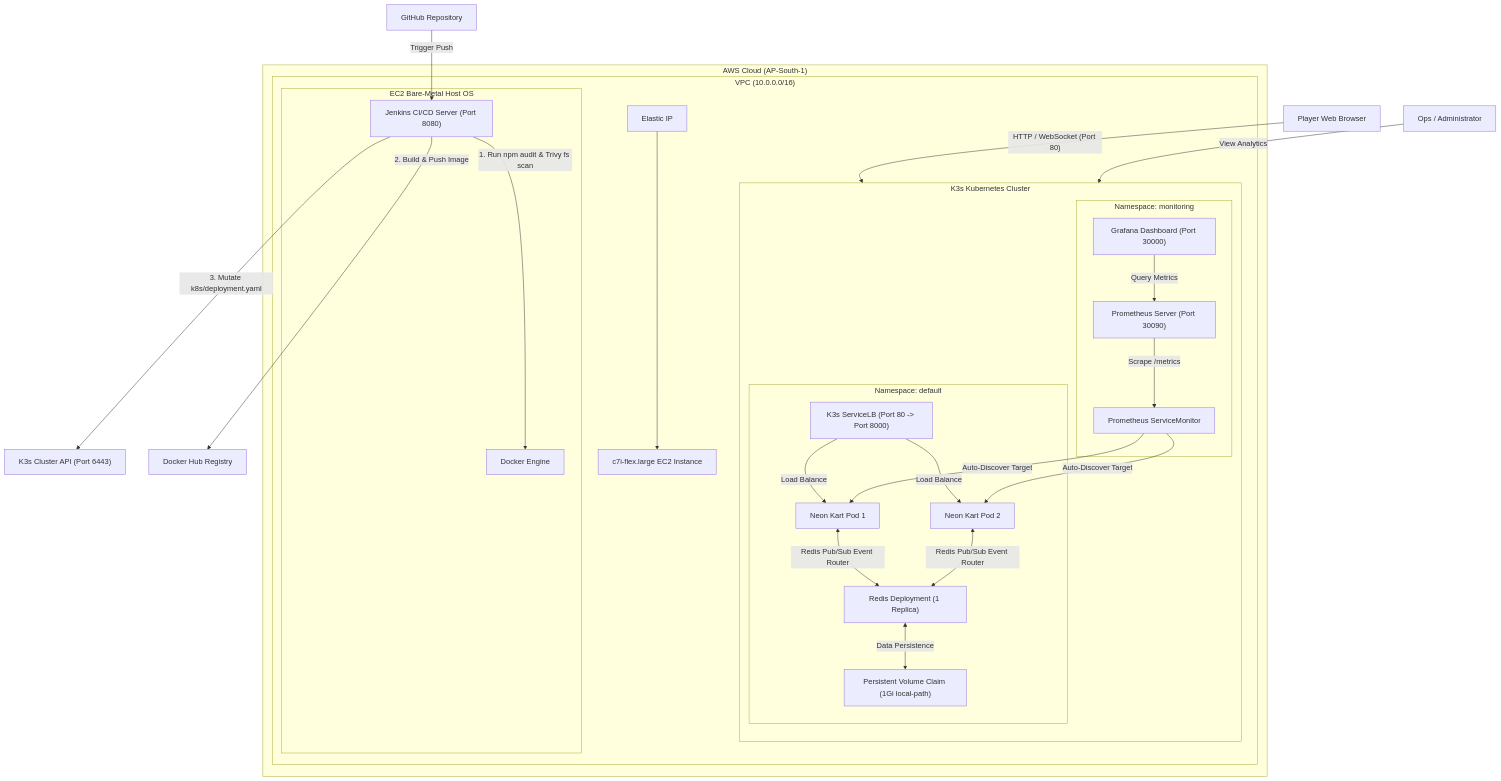
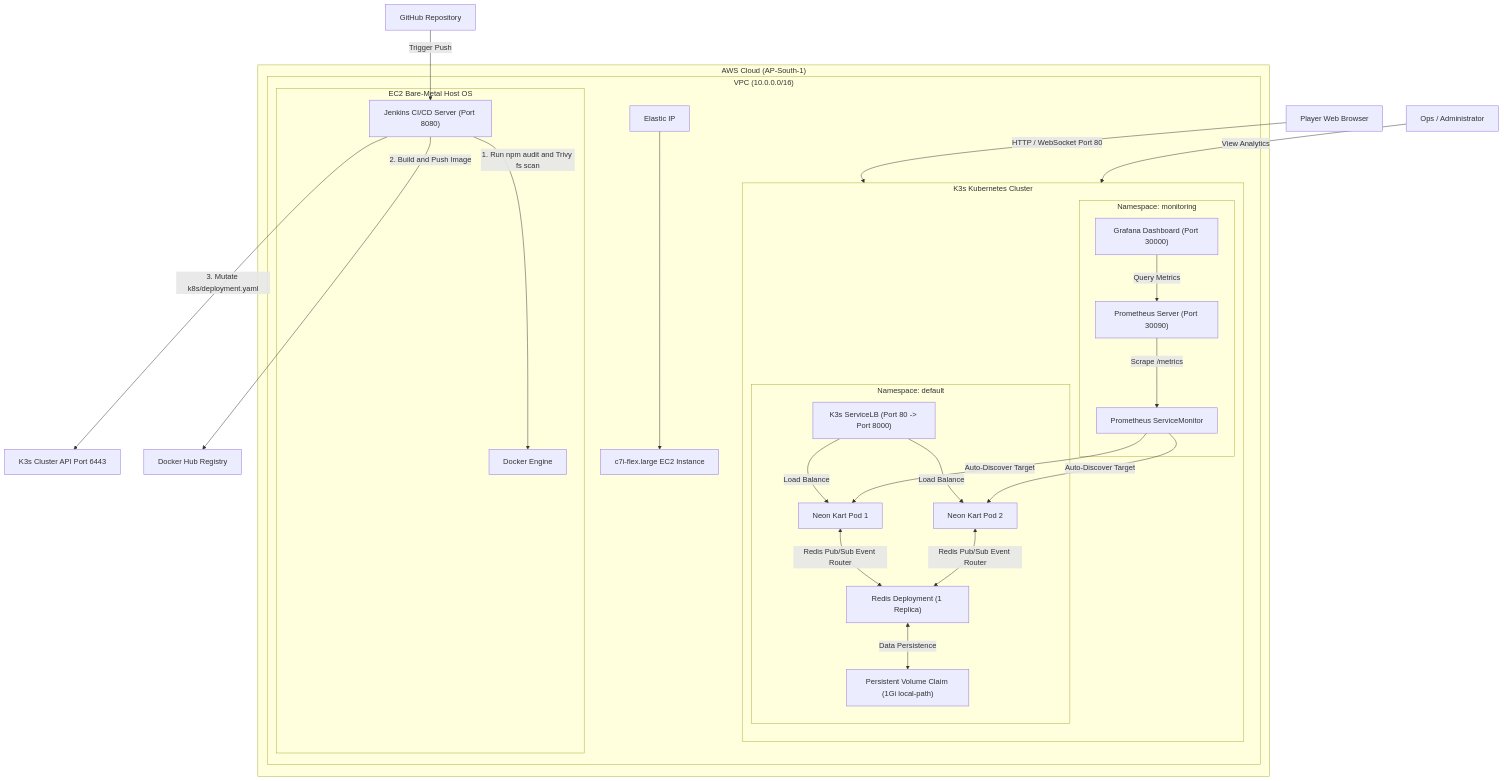
Before and after one commit to Akash123-cyber/Neon-Kart-Cloud-Architecture: the first of 2 diagrams in README.md, drawn with Mermaid. The commit also changed other lines of this file, not shown here.

Commit message:
fix: use standard HTML img tags for GIFs and remove Mermaid edge quotes

````diff
--- a/README.md
+++ b/README.md
@@ -49,55 +49,55 @@
 ```mermaid
 graph TD
     subgraph AWS_Cloud ["AWS Cloud (AP-South-1)"]
         subgraph VPC ["VPC (10.0.0.0/16)"]
             EIP["Elastic IP"] --> EC2["c7i-flex.large EC2 Instance"]
             
             subgraph EC2_Host ["EC2 Bare-Metal Host OS"]
                 Jenkins["Jenkins CI/CD Server (Port 8080)"]
                 Docker["Docker Engine"]
             end
             
             subgraph K3s_Cluster ["K3s Kubernetes Cluster"]
                 direction TB
                 
                 subgraph Default_Namespace ["Namespace: default"]
                     ServiceLB["K3s ServiceLB (Port 80 -> Port 8000)"]
                     
                     Pod1["Neon Kart Pod 1"]
                     Pod2["Neon Kart Pod 2"]
                     
                     Redis["Redis Deployment (1 Replica)"]
                     RedisPVC["Persistent Volume Claim (1Gi local-path)"]
                 end
                 
                 subgraph Monitoring_Namespace ["Namespace: monitoring"]
                     Prometheus["Prometheus Server (Port 30090)"]
                     Grafana["Grafana Dashboard (Port 30000)"]
                     ServiceMonitor["Prometheus ServiceMonitor"]
                 end
             end
         end
     end
     
     %% Connections & Data Flow
-    Client["Player Web Browser"] -->|"HTTP / WebSocket (Port 80)"| ServiceLB
-    ServiceLB -->|"Load Balance"| Pod1
-    ServiceLB -->|"Load Balance"| Pod2
+    Client["Player Web Browser"] -->|HTTP / WebSocket Port 80| ServiceLB
+    ServiceLB -->|Load Balance| Pod1
+    ServiceLB -->|Load Balance| Pod2
     
-    Pod1 <-->|"Redis Pub/Sub Event Router"| Redis
-    Pod2 <-->|"Redis Pub/Sub Event Router"| Redis
-    Redis <-->|"Data Persistence"| RedisPVC
+    Pod1 <-->|Redis Pub/Sub Event Router| Redis
+    Pod2 <-->|Redis Pub/Sub Event Router| Redis
+    Redis <-->|Data Persistence| RedisPVC
     
     %% Monitoring Flow
-    ServiceMonitor -->|"Auto-Discover Target"| Pod1
-    ServiceMonitor -->|"Auto-Discover Target"| Pod2
-    Prometheus -->|"Scrape /metrics"| ServiceMonitor
-    Grafana -->|"Query Metrics"| Prometheus
-    Developer["Ops / Administrator"] -->|"View Analytics"| Grafana
+    ServiceMonitor -->|Auto-Discover Target| Pod1
+    ServiceMonitor -->|Auto-Discover Target| Pod2
+    Prometheus -->|Scrape /metrics| ServiceMonitor
+    Grafana -->|Query Metrics| Prometheus
+    Developer["Ops / Administrator"] -->|View Analytics| Grafana
     
     %% CI/CD flow
-    Github["GitHub Repository"] -->|"Trigger Push"| Jenkins
-    Jenkins -->|"1. Run npm audit & Trivy fs scan"| Docker
-    Jenkins -->|"2. Build & Push Image"| DockerHub["Docker Hub Registry"]
-    Jenkins -->|"3. Mutate k8s/deployment.yaml"| K3sAPI["K3s Cluster API (Port 6443)"]
+    Github["GitHub Repository"] -->|Trigger Push| Jenkins
+    Jenkins -->|1. Run npm audit and Trivy fs scan| Docker
+    Jenkins -->|2. Build and Push Image| DockerHub["Docker Hub Registry"]
+    Jenkins -->|3. Mutate k8s/deployment.yaml| K3sAPI["K3s Cluster API Port 6443"]
 ```
````
